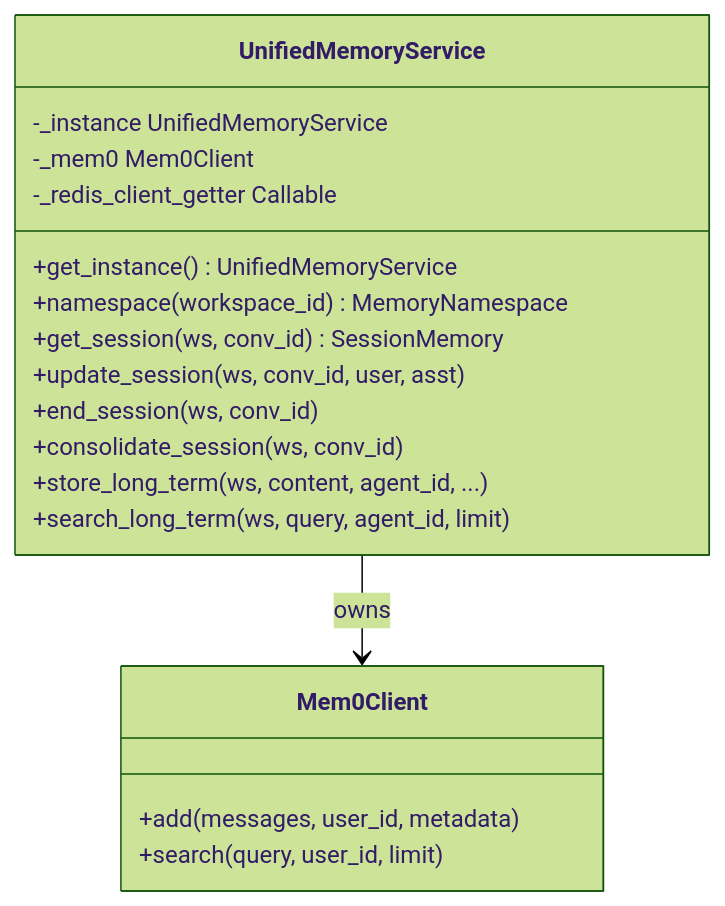
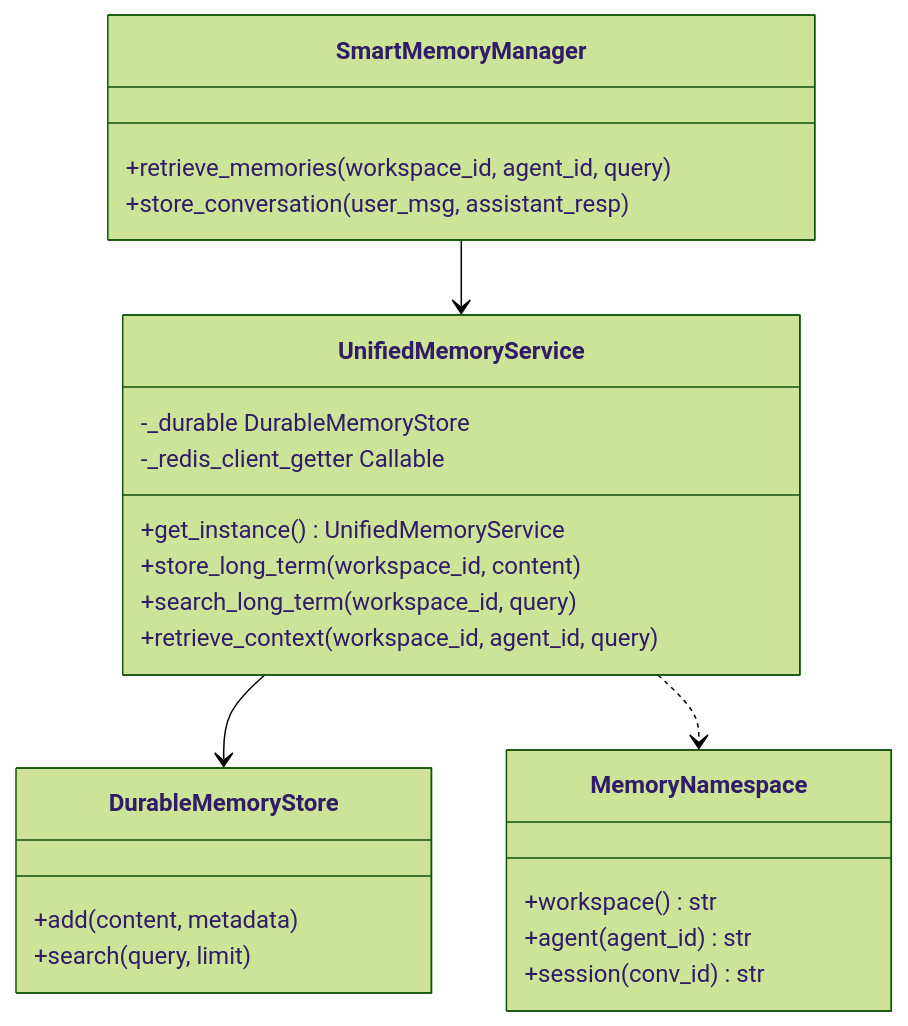
One commit to AutomatosAI/automatos-ai changed the second of 3 diagrams in docs/memory-system/five-layer-memory-architecture.md. Above: the diagram before and after it, drawn with Mermaid (forest theme). The commit also changed other lines of this file and 191 other files, not shown here.

````diff
--- a/docs/memory-system/five-layer-memory-architecture.md
+++ b/docs/memory-system/five-layer-memory-architecture.md
@@ -199,23 +156,27 @@
 ```mermaid
 classDiagram
     class UnifiedMemoryService {
-        -_instance UnifiedMemoryService
-        -_mem0 Mem0Client
+        +get_instance() UnifiedMemoryService
+        +store_long_term(workspace_id, content)
+        +search_long_term(workspace_id, query)
+        +retrieve_context(workspace_id, agent_id, query)
+        -_durable DurableMemoryStore
         -_redis_client_getter Callable
-        +get_instance() UnifiedMemoryService
-        +namespace(workspace_id) MemoryNamespace
-        +get_session(ws, conv_id) SessionMemory
-        +update_session(ws, conv_id, user, asst)
-        +end_session(ws, conv_id)
-        +consolidate_session(ws, conv_id)
-        +store_long_term(ws, content, agent_id, ...)
-        +search_long_term(ws, query, agent_id, limit)
     }
-    
-    class Mem0Client {
-        +add(messages, user_id, metadata)
-        +search(query, user_id, limit)
+    class DurableMemoryStore {
+        +add(content, metadata)
+        +search(query, limit)
     }
-    
-    UnifiedMemoryService --> Mem0Client : owns
+    class MemoryNamespace {
+        +workspace() str
+        +agent(agent_id) str
+        +session(conv_id) str
+    }
+    class SmartMemoryManager {
+        +retrieve_memories(workspace_id, agent_id, query)
+        +store_conversation(user_msg, assistant_resp)
+    }
+    UnifiedMemoryService --> DurableMemoryStore
+    UnifiedMemoryService ..> MemoryNamespace
+    SmartMemoryManager --> UnifiedMemoryService
 ```
````
